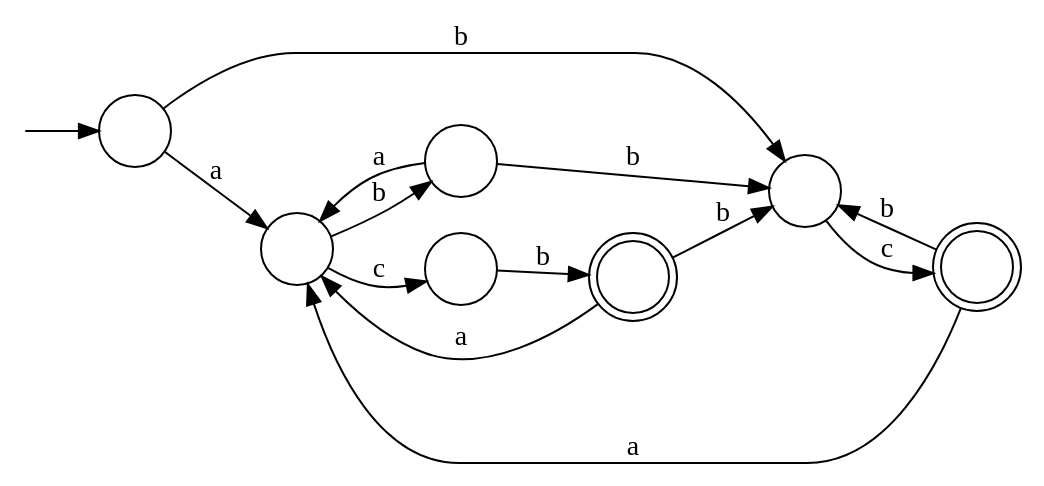
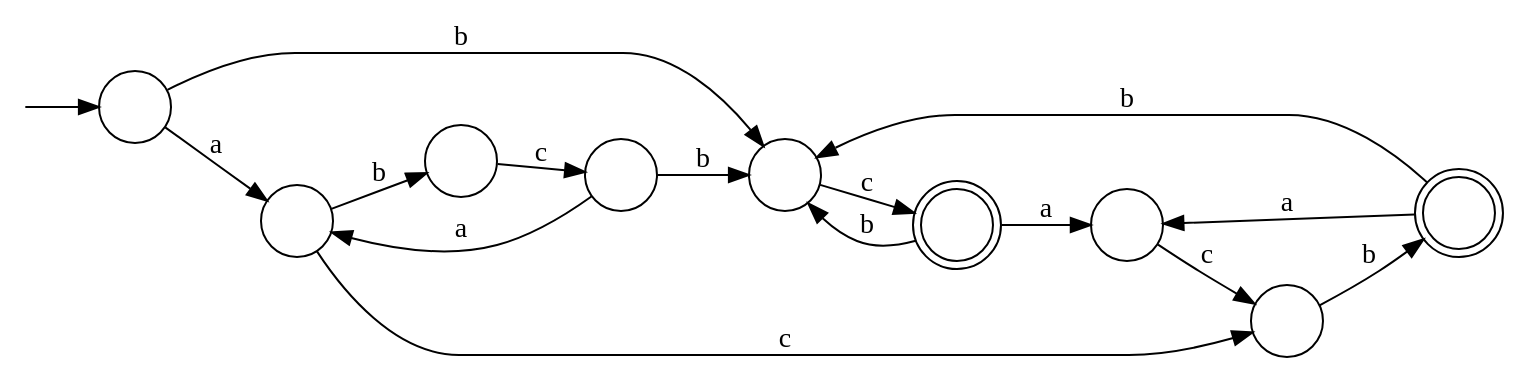
One commit to water-mizuu/finite_automata_conversion changed the diagram in dfa.dot. Above: the diagram before and after it, drawn with Graphviz. The commit also changed 8 other files, not shown here.

```diff
--- a/dfa.dot
+++ b/dfa.dot
@@ -1,24 +1,28 @@
 digraph G {
   rankdir=LR;
   n__ [label="" shape=none width=.0];
   0 [shape=circle label=""];
   1 [shape=circle label=""];
   2 [shape=circle label=""];
   3 [shape=circle label=""];
   4 [shape=circle label=""];
   5 [shape=doublecircle label=""];
-  6 [shape=doublecircle label=""];
+  6 [shape=circle label=""];
+  7 [shape=doublecircle label=""];
+  8 [shape=circle label=""];
   n__ -> 0;
   0 -> 1 [label="a"];
   0 -> 2 [label="b"];
   1 -> 3 [label="b"];
   1 -> 4 [label="c"];
   2 -> 5 [label="c"];
-  3 -> 1 [label="a"];
-  3 -> 2 [label="b"];
-  4 -> 6 [label="b"];
-  5 -> 1 [label="a"];
+  3 -> 6 [label="c"];
+  4 -> 7 [label="b"];
+  5 -> 8 [label="a"];
   5 -> 2 [label="b"];
   6 -> 1 [label="a"];
   6 -> 2 [label="b"];
+  7 -> 8 [label="a"];
+  7 -> 2 [label="b"];
+  8 -> 4 [label="c"];
 }
```
